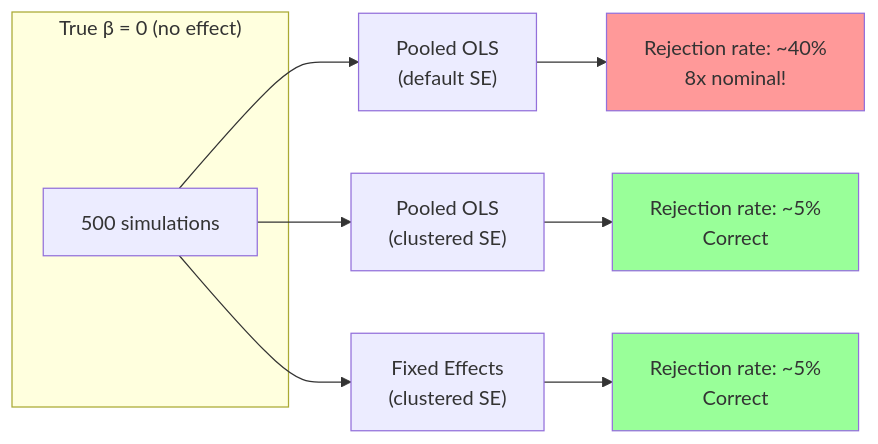
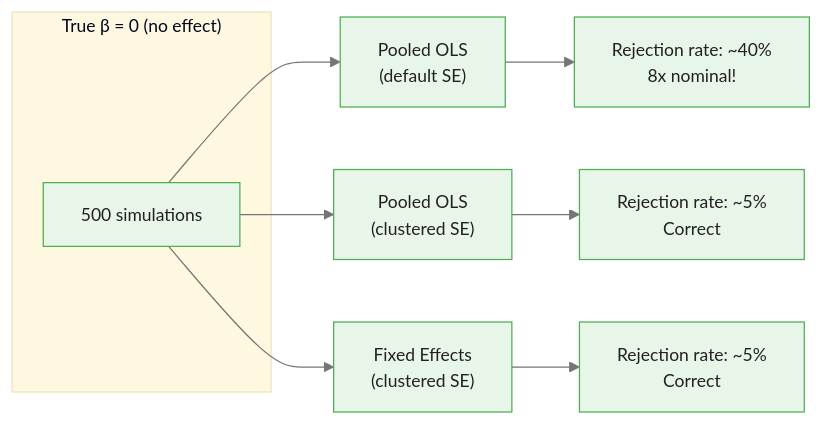
The third of 4 diagrams in courses/panel-regression/modules/module_01_panel_structure/guides/02_pooled_ols_limitations_slides.md (m-deane/course-creator), drawn with Mermaid before and after one commit. The commit also changed other lines of this file and 79 other files, not shown here.

````diff
--- a/courses/panel-regression/modules/module_01_panel_structure/guides/02_pooled_ols_limitations_slides.md
+++ b/courses/panel-regression/modules/module_01_panel_structure/guides/02_pooled_ols_limitations_slides.md
@@ -156,15 +202,13 @@
 ```mermaid
+%%{init: {"theme": "base", "themeVariables": {"primaryColor": "#e8f5e9", "primaryBorderColor": "#4caf50", "primaryTextColor": "#212121", "secondaryColor": "#e3f2fd", "tertiaryColor": "#fff8e1", "lineColor": "#757575", "fontFamily": "Inter, sans-serif", "fontSize": "14px"}}}%%
 flowchart LR
     subgraph "True β = 0 (no effect)"
         SIM["500 simulations"]
     end
     SIM --> P1["Pooled OLS<br/>(default SE)"]
     SIM --> P2["Pooled OLS<br/>(clustered SE)"]
     SIM --> P3["Fixed Effects<br/>(clustered SE)"]
     P1 --> R1["Rejection rate: ~40%<br/>8x nominal!"]
     P2 --> R2["Rejection rate: ~5%<br/>Correct"]
     P3 --> R3["Rejection rate: ~5%<br/>Correct"]
-    style R1 fill:#f99
-    style R2 fill:#9f9
-    style R3 fill:#9f9
 ```
````
